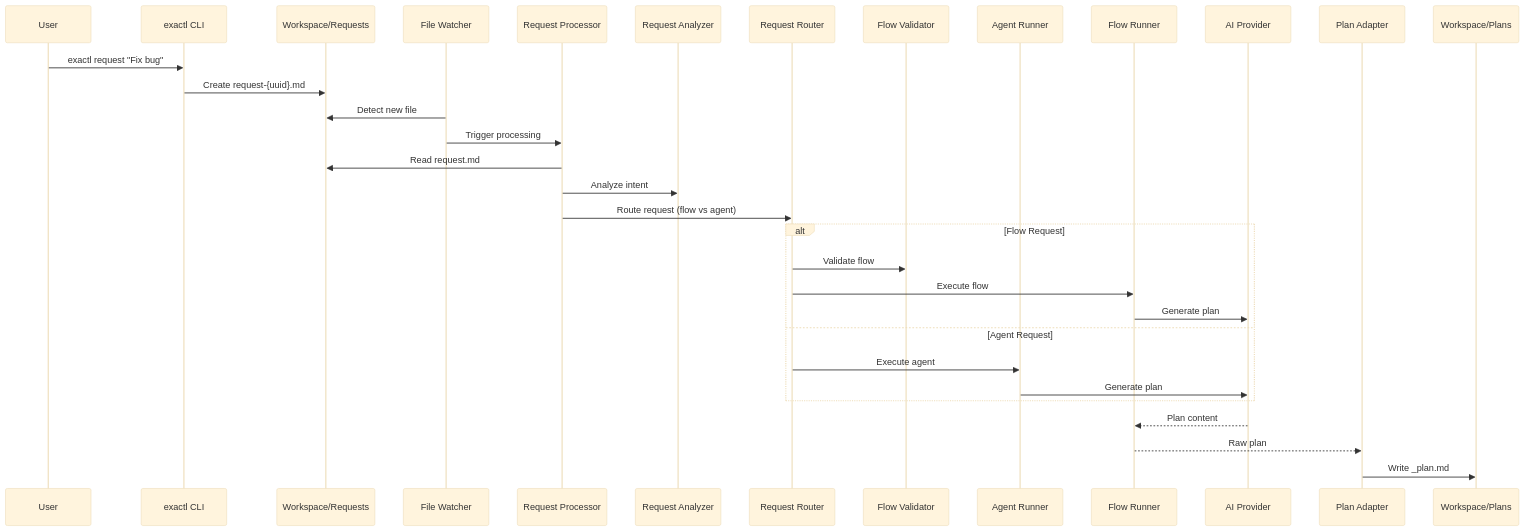
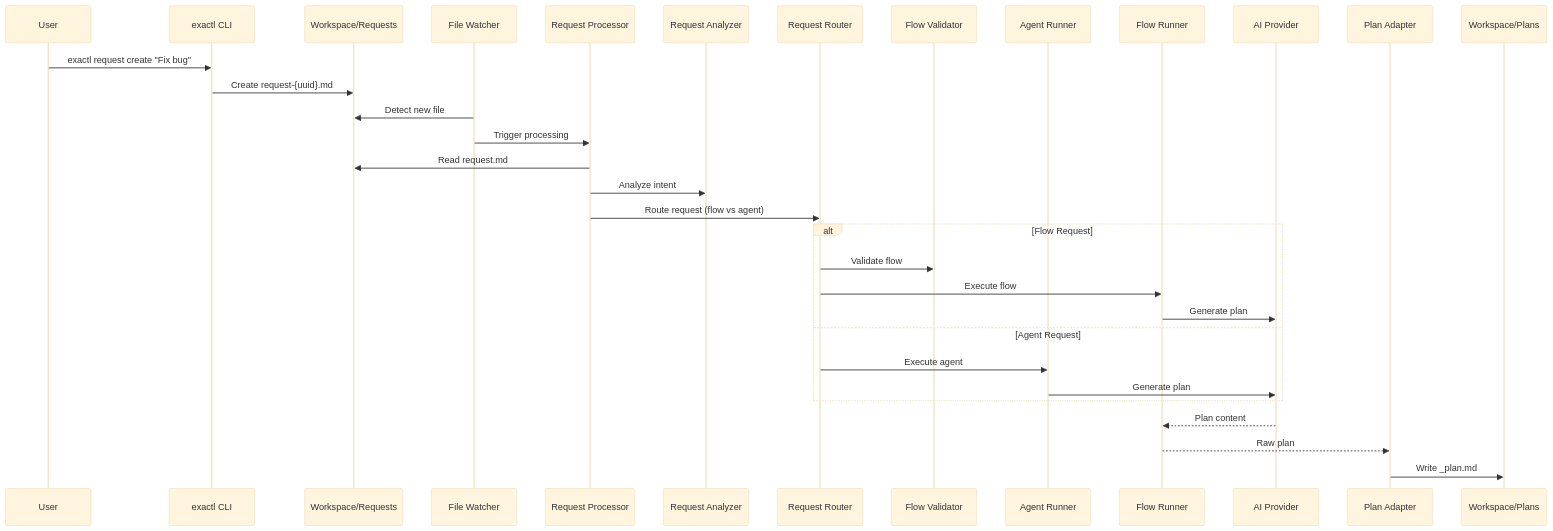
One commit to dostark/exaix changed the diagram in packages/request/README.md. Above: the diagram before and after it, drawn with Mermaid (base theme). The commit also changed 216 other files, not shown here.

````diff
--- a/packages/request/README.md
+++ b/packages/request/README.md
@@ -25,35 +25,35 @@
 ```mermaid
 sequenceDiagram
     participant U as User
     participant CLI as exactl CLI
     participant I as Workspace/Requests
     participant W as File Watcher
     participant RP as Request Processor
     participant RA as Request Analyzer
     participant RR as Request Router
     participant FV as Flow Validator
     participant AR as Agent Runner
     participant FR as Flow Runner
     participant AI as AI Provider
     participant PA as Plan Adapter
     participant P as Workspace/Plans
 
-    U->>CLI: exactl request "Fix bug"
+    U->>CLI: exactl request create "Fix bug"
     CLI->>I: Create request-{uuid}.md
     W->>I: Detect new file
     W->>RP: Trigger processing
     RP->>I: Read request.md
     RP->>RA: Analyze intent
     RP->>RR: Route request (flow vs agent)
     alt Flow Request
         RR->>FV: Validate flow
         RR->>FR: Execute flow
         FR->>AI: Generate plan
     else Agent Request
         RR->>AR: Execute agent
         AR->>AI: Generate plan
     end
     AI-->>FR: Plan content
     FR-->>PA: Raw plan
     PA->>P: Write _plan.md
 ```
````
